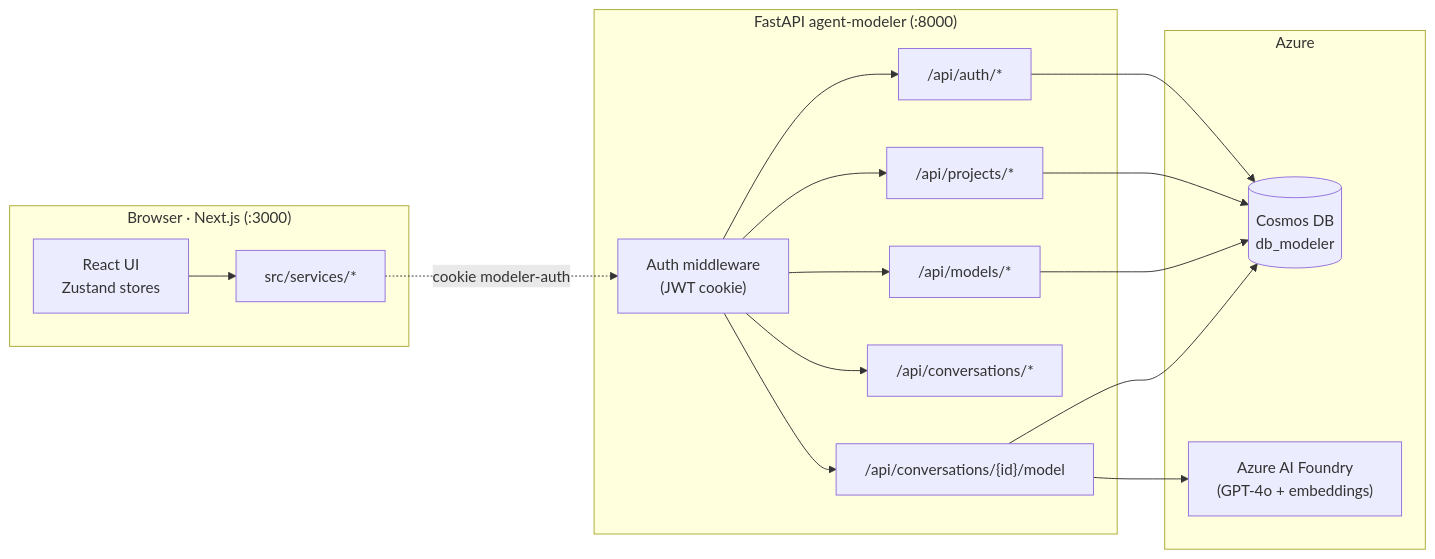
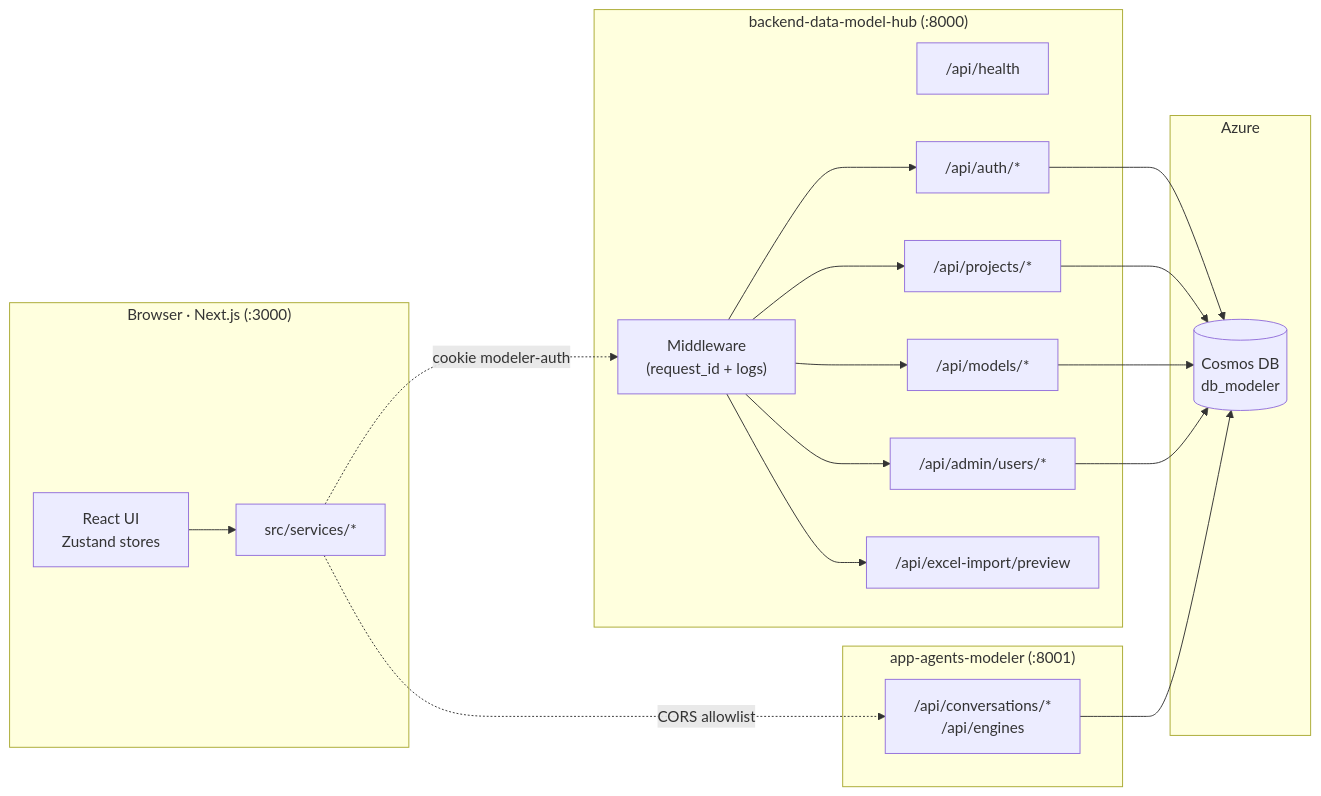
One commit to Carlosmps97/backend-data-model-hub changed the first of 6 diagrams in doc/architecture.md. Above: the diagram before and after it, drawn with Mermaid. The commit also changed other lines of this file and 15 other files, not shown here.

````diff
--- a/doc/architecture.md
+++ b/doc/architecture.md
@@ -25,34 +10,39 @@
 ```mermaid
 flowchart LR
     subgraph Browser["Browser · Next.js (:3000)"]
         UI["React UI<br/>Zustand stores"]
         SVC["src/services/*"]
     end
 
-    subgraph Backend["FastAPI agent-modeler (:8000)"]
-        MID["Auth middleware<br/>(JWT cookie)"]
+    subgraph Platform["backend-data-model-hub (:8000)"]
+        MID["Middleware<br/>(request_id + logs)"]
+        H["/api/health"]
         AUTH["/api/auth/*"]
         PRJ["/api/projects/*"]
         MOD["/api/models/*"]
-        CONV["/api/conversations/*"]
-        MDL["/api/conversations/{id}/model"]
+        ADM["/api/admin/users/*"]
+        XLS["/api/excel-import/preview"]
+    end
+
+    subgraph Agent["app-agents-modeler (:8001)"]
+        AGT["/api/conversations/*<br/>/api/engines"]
     end
 
     subgraph Cloud["Azure"]
         COSMOS[("Cosmos DB<br/>db_modeler")]
-        FOUNDRY["Azure AI Foundry<br/>(GPT-4o + embeddings)"]
     end
 
     UI --> SVC
     SVC -.cookie modeler-auth.-> MID
+    SVC -.CORS allowlist.-> AGT
     MID --> AUTH
     MID --> PRJ
     MID --> MOD
-    MID --> CONV
-    MID --> MDL
+    MID --> ADM
+    MID --> XLS
     AUTH --> COSMOS
     PRJ --> COSMOS
     MOD --> COSMOS
-    MDL --> FOUNDRY
-    MDL --> COSMOS
+    ADM --> COSMOS
+    AGT --> COSMOS
 ```
````
